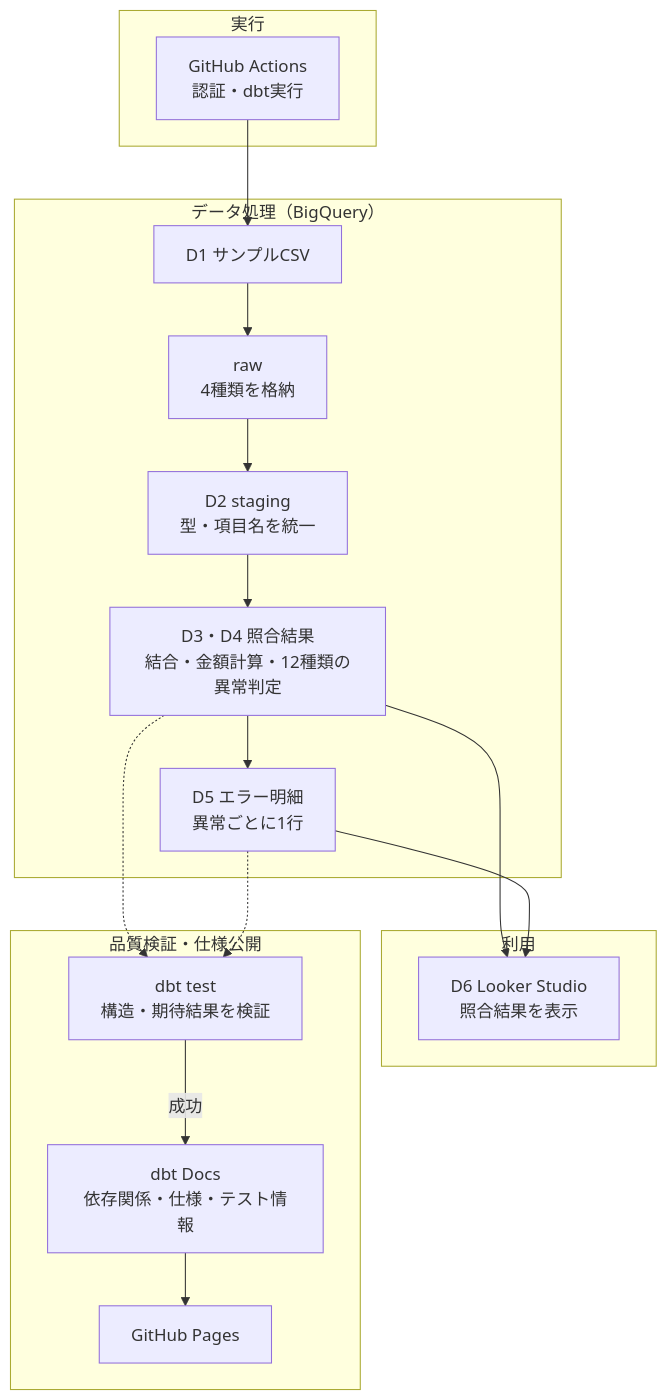
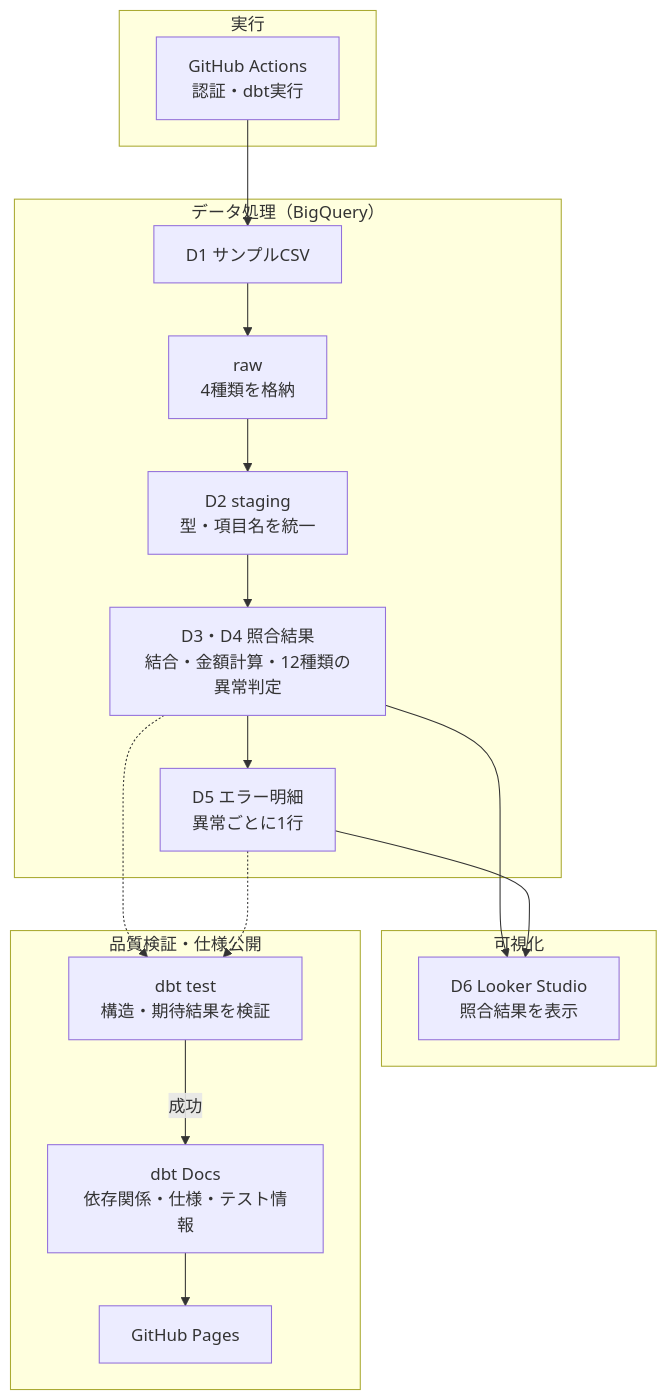
The diagram in docs/implementation-design.md (Naohide-Sugita/payment-reconciliation-data-mart), drawn with Mermaid before and after one commit.

````diff
--- a/docs/implementation-design.md
+++ b/docs/implementation-design.md
@@ -13,30 +13,30 @@
 ```mermaid
 flowchart TD
     subgraph EXEC["実行"]
         GHA["GitHub Actions<br/>認証・dbt実行"]
     end
 
     subgraph DATA["データ処理（BigQuery）"]
         CSV["D1 サンプルCSV"] --> RAW["raw<br/>4種類を格納"]
         RAW --> STG["D2 staging<br/>型・項目名を統一"]
         STG --> RECON["D3・D4 照合結果<br/>結合・金額計算・12種類の異常判定"]
         RECON --> ERRORS["D5 エラー明細<br/>異常ごとに1行"]
     end
 
-    subgraph USE["利用"]
+    subgraph USE["可視化"]
         BI["D6 Looker Studio<br/>照合結果を表示"]
     end
 
     subgraph QA["品質検証・仕様公開"]
         TEST["dbt test<br/>構造・期待結果を検証"]
         DOCS["dbt Docs<br/>依存関係・仕様・テスト情報"]
         PAGES["GitHub Pages"]
         TEST -->|"成功"| DOCS --> PAGES
     end
 
     GHA --> CSV
     RECON --> BI
     ERRORS --> BI
     RECON -.-> TEST
     ERRORS -.-> TEST
 ```
````
